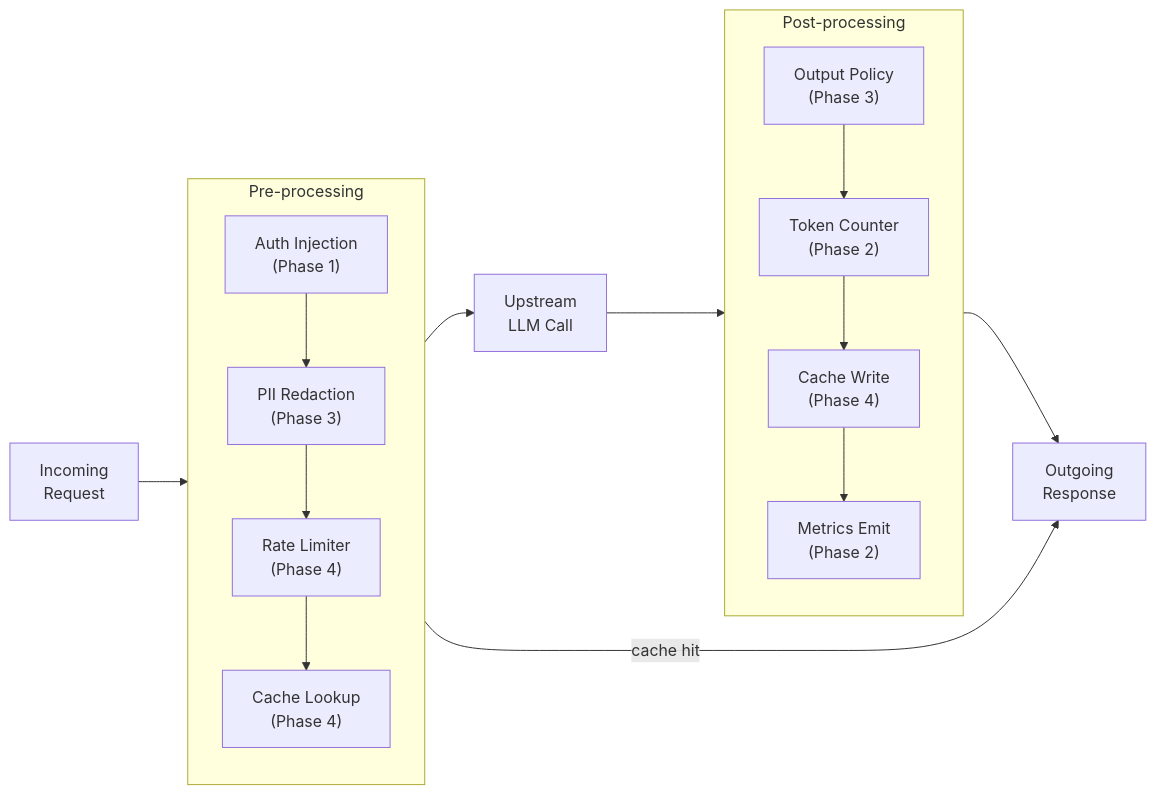
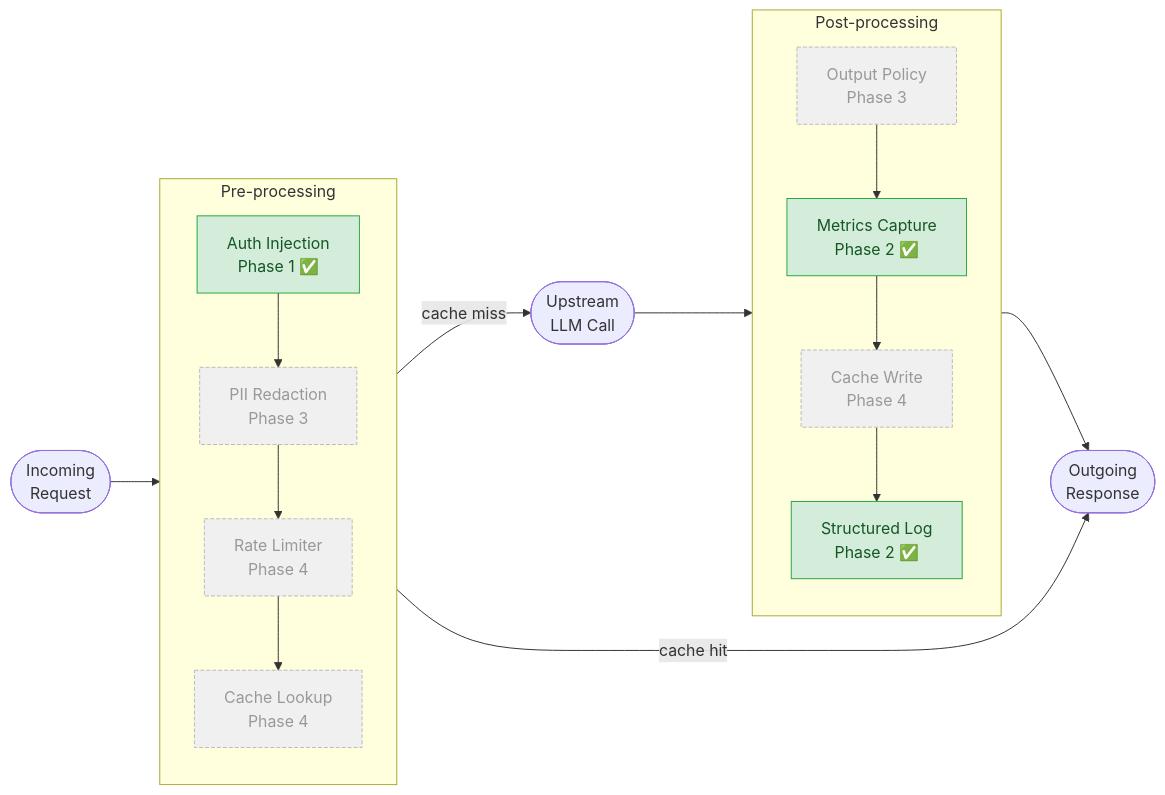
Before and after one commit to ramprasathsampathkumar/vertx-sidecar: the sixth of 7 diagrams in architecture.md, drawn with Mermaid. The commit also changed other lines of this file and 12 other files, not shown here.

First line of the commit message:
feat: Phase 2 — observability (token tracking, cost, latency, Prometheus)

````diff
--- a/architecture.md
+++ b/architecture.md
@@ -98,33 +196,38 @@
 ```mermaid
 graph LR
-    IN["Incoming\nRequest"]
+    IN(["Incoming\nRequest"])
 
-    subgraph "Pre-processing"
+    subgraph PRE ["Pre-processing"]
         direction TB
-        MW1["Auth Injection\n(Phase 1)"]
-        MW2["PII Redaction\n(Phase 3)"]
-        MW3["Rate Limiter\n(Phase 4)"]
-        MW4["Cache Lookup\n(Phase 4)"]
+        MW1["Auth Injection\nPhase 1 ✅"]
+        MW2["PII Redaction\nPhase 3"]
+        MW3["Rate Limiter\nPhase 4"]
+        MW4["Cache Lookup\nPhase 4"]
         MW1 --> MW2 --> MW3 --> MW4
     end
 
-    PROXY["Upstream\nLLM Call"]
+    PROXY(["Upstream\nLLM Call"])
 
-    subgraph "Post-processing"
+    subgraph POST ["Post-processing"]
         direction TB
-        MW5["Output Policy\n(Phase 3)"]
-        MW6["Token Counter\n(Phase 2)"]
-        MW7["Cache Write\n(Phase 4)"]
-        MW8["Metrics Emit\n(Phase 2)"]
+        MW5["Output Policy\nPhase 3"]
+        MW6["Metrics Capture\nPhase 2 ✅"]
+        MW7["Cache Write\nPhase 4"]
+        MW8["Structured Log\nPhase 2 ✅"]
         MW5 --> MW6 --> MW7 --> MW8
     end
 
-    OUT["Outgoing\nResponse"]
+    OUT(["Outgoing\nResponse"])
 
     IN --> MW1
-    MW4 --> PROXY
+    MW4 -->|"cache miss"| PROXY
+    MW4 -->|"cache hit"| OUT
     PROXY --> MW5
     MW8 --> OUT
 
-    MW4 -->|"cache hit"| OUT
+    classDef done fill:#d4edda,stroke:#28a745,color:#155724
+    classDef planned fill:#f0f0f0,stroke:#bbb,color:#999,stroke-dasharray:4 2
+
+    class MW1,MW6,MW8 done
+    class MW2,MW3,MW4,MW5,MW7 planned
 ```
````
